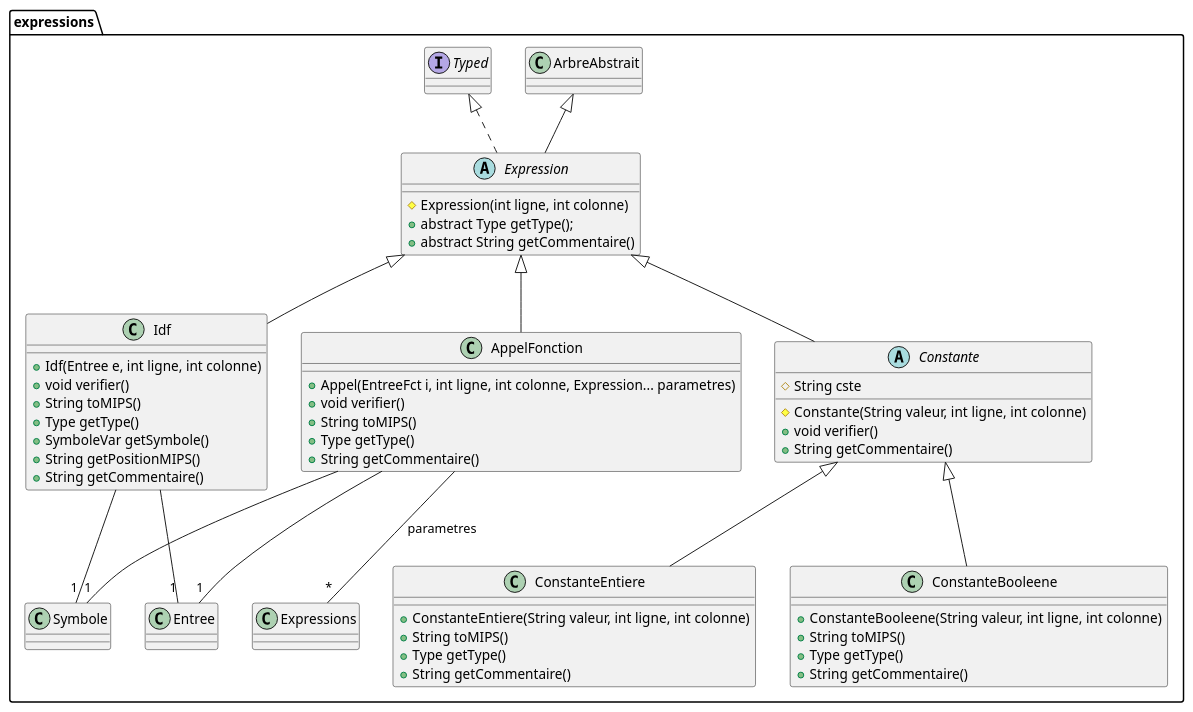
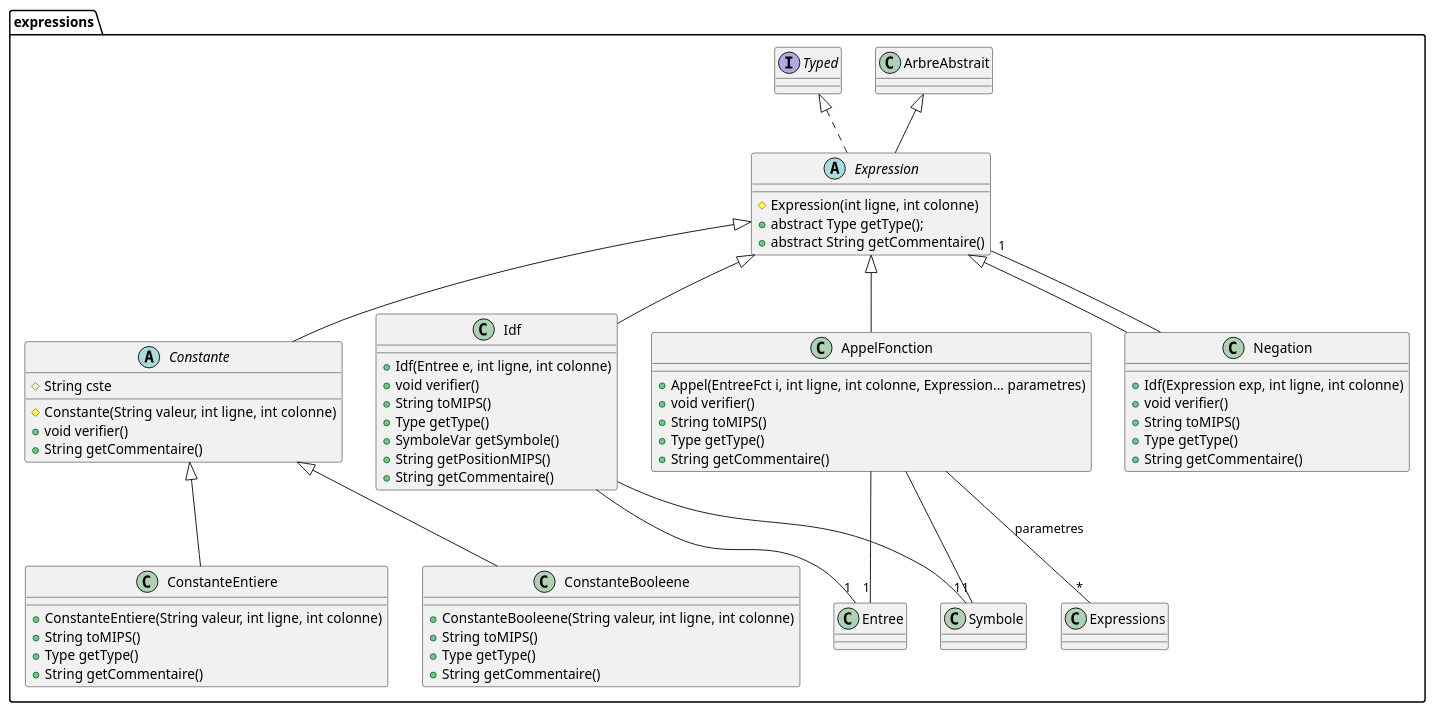
One commit to wehddn/L3-Compilation-Projet changed the diagram in src/Diagrammes/arbre.expressions.puml. Above: the diagram before and after it, drawn with PlantUML. The commit also changed 2 other files, not shown here.

Commit message:
Ajout de Negation - Diagramme - Grammaire - Class

```diff
--- a/src/Diagrammes/arbre.expressions.puml
+++ b/src/Diagrammes/arbre.expressions.puml
@@ -1,57 +1,66 @@
 @startuml
 package expressions {
 	class AppelFonction extends Expression {
 		+ Appel(EntreeFct i, int ligne, int colonne, Expression... parametres)
 		+ void verifier()
 		+ String toMIPS()
 		+ Type getType()
 		+ String getCommentaire()
 	}
 	AppelFonction --"1" Entree
 	AppelFonction --"1" Symbole
 	AppelFonction --"*" Expressions : parametres
 
 
 
 	abstract class Constante extends Expression {
 		# String cste
 		# Constante(String valeur, int ligne, int colonne)
 		+ void verifier()
 		+ String getCommentaire()
 	}
 
 	class ConstanteBooleene extends Constante {
 		+ ConstanteBooleene(String valeur, int ligne, int colonne)
 		+ String toMIPS()
 		+ Type getType()
 		+ String getCommentaire()
 	}
 
 	class ConstanteEntiere extends Constante {
 		+ ConstanteEntiere(String valeur, int ligne, int colonne)
 		+ String toMIPS()
 		+ Type getType()
 		+ String getCommentaire()
 	}
 
 
 	abstract class Expression extends ArbreAbstrait implements Typed{
 		# Expression(int ligne, int colonne)
 		+ abstract Type getType();
 		+ abstract String getCommentaire()
 	}
 
 	class Idf extends Expression {
 		+ Idf(Entree e, int ligne, int colonne)
 		+ void verifier()
 		+ String toMIPS()
 		+ Type getType()
 		+ SymboleVar getSymbole()
 		+ String getPositionMIPS()
 		+ String getCommentaire()
 	}
 	Idf --"1" Entree
 	Idf --"1" Symbole
 
+	class Negation extends Expression {
+		+ Idf(Expression exp, int ligne, int colonne)
+		+ void verifier()
+		+ String toMIPS()
+		+ Type getType()
+		+ String getCommentaire()
+	}
+	Negation --"1" Expression
+
 }
 @enduml
```
